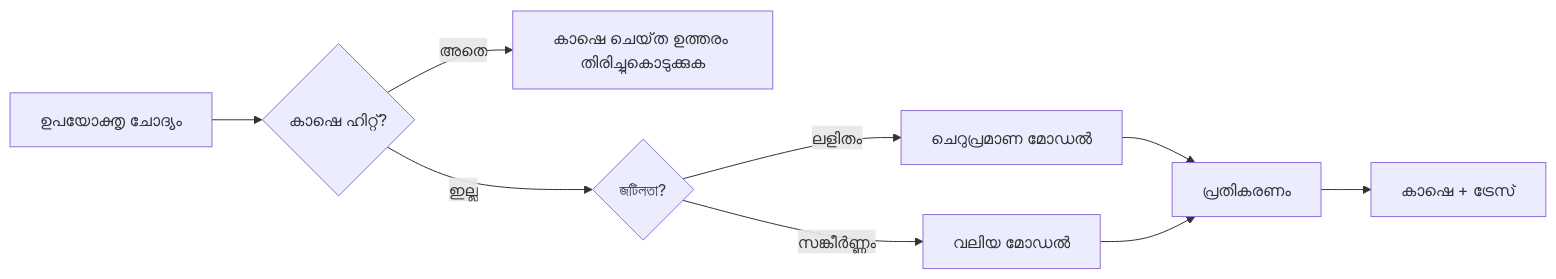
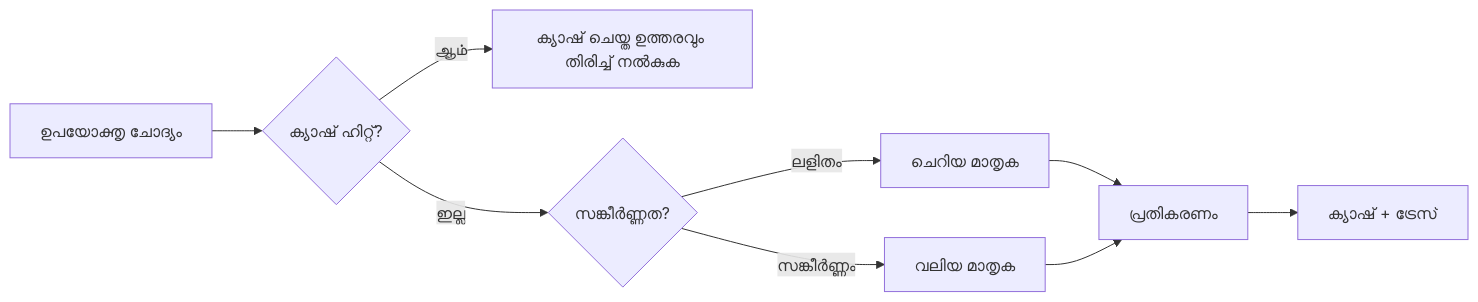
Before and after one commit to gabrielmoreira/agent-skills-mirror: the third of 4 diagrams in mirrors/repos/microsoft@ai-agents-for-beginners/translations/ml/16-deploying-scalable-agents/README.md, drawn with Mermaid. The commit also changed other lines of this file and 3581 other files, not shown here.

````diff
--- a/mirrors/repos/microsoft@ai-agents-for-beginners/translations/ml/16-deploying-scalable-agents/README.md
+++ b/mirrors/repos/microsoft@ai-agents-for-beginners/translations/ml/16-deploying-scalable-agents/README.md
@@ -134,11 +134,11 @@
 ```mermaid
 flowchart LR
-    Q[ഉപയോക്തൃ ചോദ്യം] --> C{കാഷെ ഹിറ്റ്?}
-    C -->|അതെ| R[കാഷെ ചെയ്‌ത ഉത്തരം തിരിച്ചുകൊടുക്കുക]
-    C -->|ഇല്ല| Router{জটিলতা?}
-    Router -->|ലളിതം| SLM[ചെറുപ്രമാണ മോഡൽ]
-    Router -->|സങ്കീർണ്ണം| LLM[വലിയ മോഡൽ]
+    Q[ഉപയോക്തൃ ചോദ്യം] --> C{ക്യാഷ് ഹിറ്റ്?}
+    C -->|ஆம்| R[ക്യാഷ് ചെയ്ത ഉത്തരവും തിരിച്ച് നൽകുക]
+    C -->|ഇല്ല| Router{സങ്കീർണ്ണത?}
+    Router -->|ലളിതം| SLM[ചെറിയ മാതൃക]
+    Router -->|സങ്കീർണ്ണം| LLM[വലിയ മാതൃക]
     SLM --> Out[പ്രതികരണം]
     LLM --> Out
-    Out --> Store[കാഷെ + ട്രേസ്]
+    Out --> Store[ക്യാഷ് + ട്രേസ്]
 ```
````
